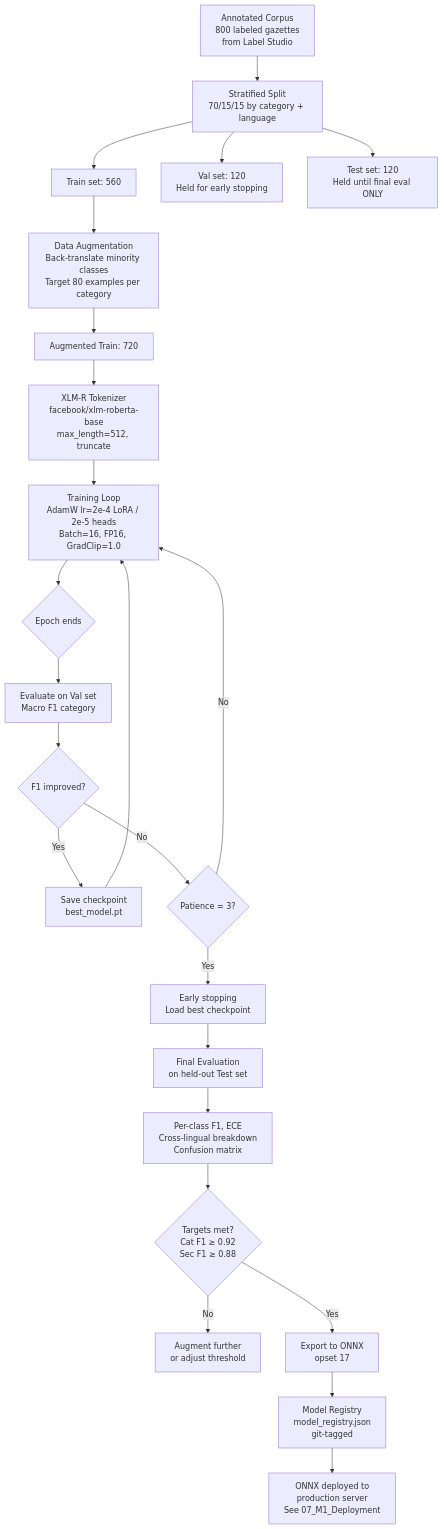
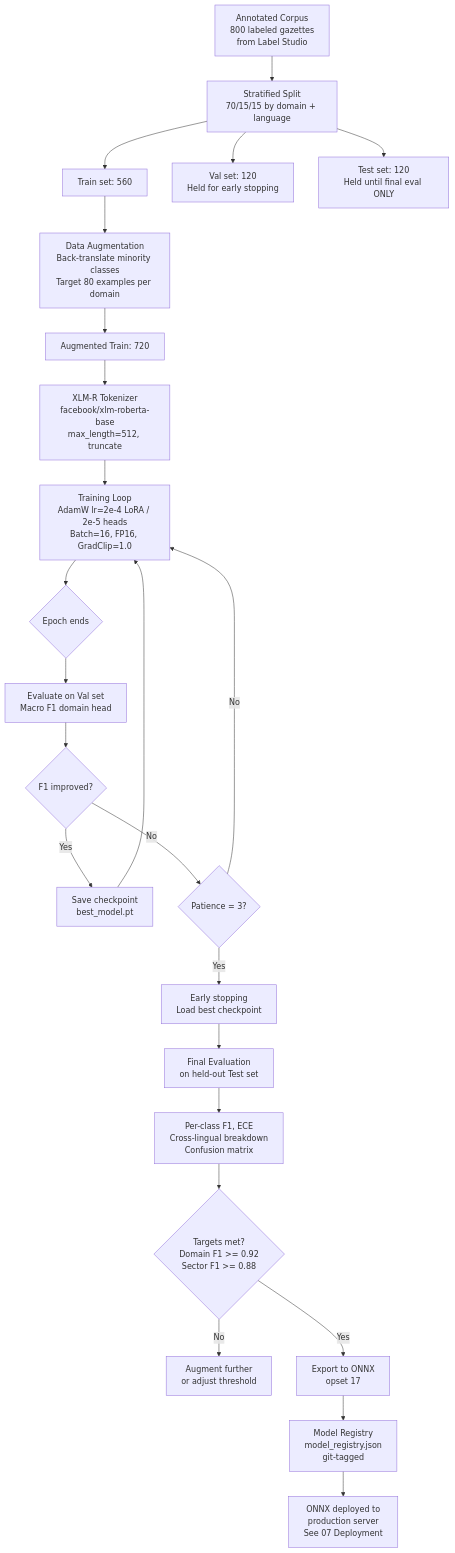
Before and after one commit to ifham-mohamed/obs-sme: the second of 2 diagrams in 02-Research-Modules/1 Module-1-Awareness-Gap/06_M1_Training_Evaluation.md, drawn with Mermaid. The commit also changed other lines of this file and 16 other files, not shown here.

````diff
--- a/02-Research-Modules/1 Module-1-Awareness-Gap/06_M1_Training_Evaluation.md
+++ b/02-Research-Modules/1 Module-1-Awareness-Gap/06_M1_Training_Evaluation.md
@@ -662,30 +1003,30 @@
 ```mermaid
 flowchart TD
-    A[Annotated Corpus\n800 labeled gazettes\nfrom Label Studio] --> B[Stratified Split\n70/15/15 by category + language]
+    A[Annotated Corpus<br/>800 labeled gazettes<br/>from Label Studio] --> B[Stratified Split<br/>70/15/15 by domain + language]
     B --> C[Train set: 560]
-    B --> D[Val set: 120\nHeld for early stopping]
-    B --> E[Test set: 120\nHeld until final eval ONLY]
+    B --> D[Val set: 120<br/>Held for early stopping]
+    B --> E[Test set: 120<br/>Held until final eval ONLY]
 
-    C --> F[Data Augmentation\nBack-translate minority classes\nTarget 80 examples per category]
+    C --> F[Data Augmentation<br/>Back-translate minority classes<br/>Target 80 examples per domain]
     F --> G[Augmented Train: 720]
 
-    G --> H[XLM-R Tokenizer\nfacebook/xlm-roberta-base\nmax_length=512, truncate]
-    H --> I[Training Loop\nAdamW lr=2e-4 LoRA / 2e-5 heads\nBatch=16, FP16, GradClip=1.0]
+    G --> H[XLM-R Tokenizer<br/>facebook/xlm-roberta-base<br/>max_length=512, truncate]
+    H --> I[Training Loop<br/>AdamW lr=2e-4 LoRA / 2e-5 heads<br/>Batch=16, FP16, GradClip=1.0]
 
     I --> J{Epoch ends}
-    J --> K[Evaluate on Val set\nMacro F1 category]
+    J --> K[Evaluate on Val set<br/>Macro F1 domain head]
     K --> L{F1 improved?}
-    L -->|Yes| M[Save checkpoint\nbest_model.pt]
+    L -->|Yes| M[Save checkpoint<br/>best_model.pt]
     L -->|No| N{Patience = 3?}
     N -->|No| I
-    N -->|Yes| O[Early stopping\nLoad best checkpoint]
+    N -->|Yes| O[Early stopping<br/>Load best checkpoint]
     M --> I
 
-    O --> P[Final Evaluation\non held-out Test set]
-    P --> Q[Per-class F1, ECE\nCross-lingual breakdown\nConfusion matrix]
-    Q --> R{Targets met?\nCat F1 ≥ 0.92\nSec F1 ≥ 0.88}
-    R -->|No| S[Augment further\nor adjust threshold]
-    R -->|Yes| T[Export to ONNX\nopset 17]
-    T --> U[Model Registry\nmodel_registry.json\ngit-tagged]
-    U --> V[ONNX deployed to\nproduction server\nSee 07_M1_Deployment]
+    O --> P[Final Evaluation<br/>on held-out Test set]
+    P --> Q[Per-class F1, ECE<br/>Cross-lingual breakdown<br/>Confusion matrix]
+    Q --> R{Targets met?<br/>Domain F1 >= 0.92<br/>Sector F1 >= 0.88}
+    R -->|No| S[Augment further<br/>or adjust threshold]
+    R -->|Yes| T[Export to ONNX<br/>opset 17]
+    T --> U[Model Registry<br/>model_registry.json<br/>git-tagged]
+    U --> V[ONNX deployed to<br/>production server<br/>See 07 Deployment]
 ```
````
